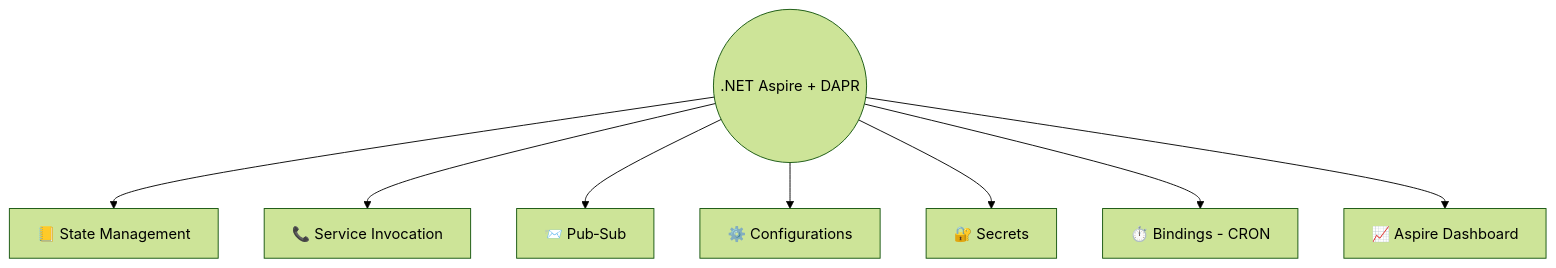
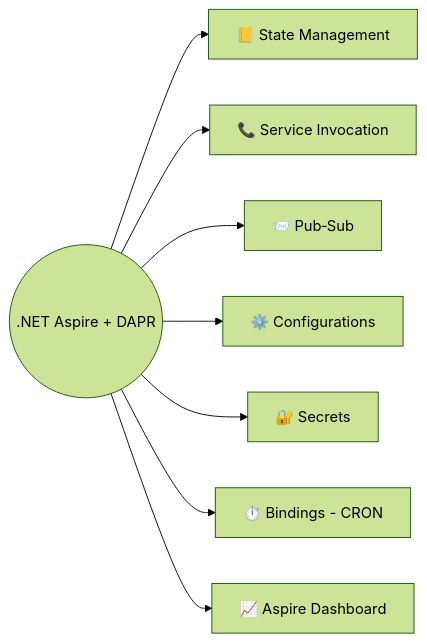
Before and after one commit to NetRecipes/NetRecipes.github.io: the diagram in content/courses/dapr-aspire/_index.md, drawn with Mermaid (forest theme).

Commit message:
Mermaid - LR

````diff
--- a/content/courses/dapr-aspire/_index.md
+++ b/content/courses/dapr-aspire/_index.md
@@ -14,27 +14,27 @@
 ```mermaid
-flowchart TD
+flowchart LR
     root((.NET Aspire + DAPR))
     sm[📒 State Management]
     si[📞 Service Invocation]
     ps[📨 Pub‑Sub]
     cfg[⚙️ Configurations]
     sec[🔐 Secrets]
     bind[⏱️ Bindings - CRON]
     dash[📈 Aspire Dashboard]
 
     root --> sm
     root --> si
     root --> ps
     root --> cfg
     root --> sec
     root --> bind
     root --> dash
 
     click sm "/courses/dapr-aspire/state-management/" "Go to State Management"
     click si "/courses/dapr-aspire/service-invocation/" "Go to Service Invocation"
     click ps "/courses/dapr-aspire/pub-sub/" "Go to Pub-Sub"
     click cfg "/courses/dapr-aspire/configurations/" "Go to Configurations"
     click sec "/courses/dapr-aspire/secrets/" "Go to Secrets"
     click bind "/courses/dapr-aspire/bindings/" "Go to Bindings - CRON"
     click dash "/courses/dapr-aspire/aspire-dashboard/" "Go to Aspire Dashboard"
 ```
````
